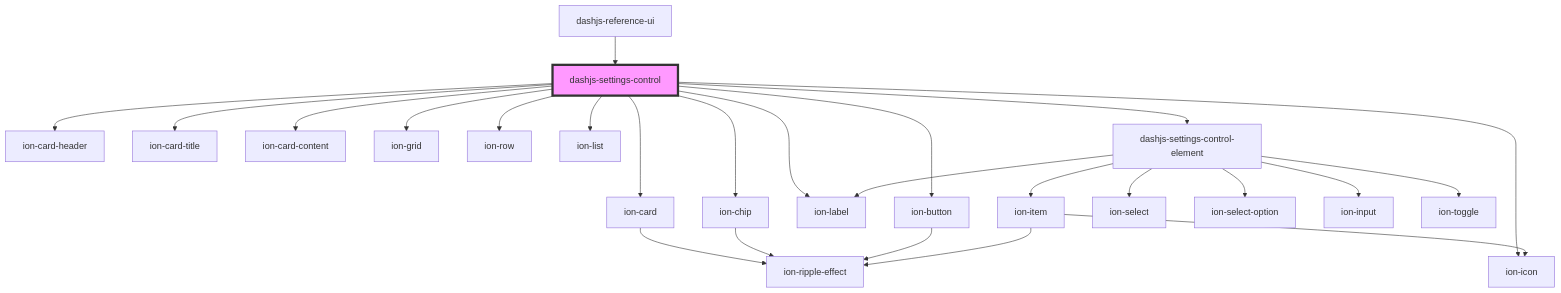
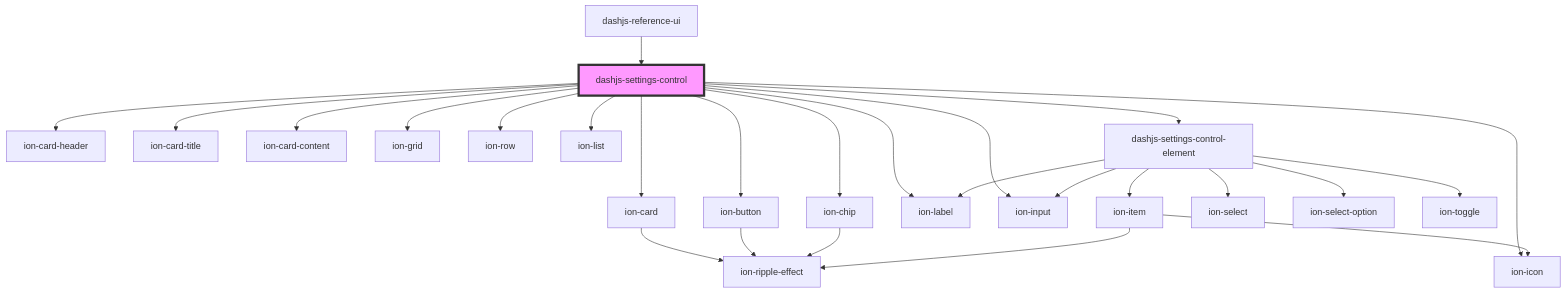
The diagram in src/components/dashjs-settings-control/readme.md (AWTPJ2021/dash-reference-ui), drawn with Mermaid before and after one commit. The commit also changed other lines of this file and 13 other files, not shown here.

````diff
--- a/src/components/dashjs-settings-control/readme.md
+++ b/src/components/dashjs-settings-control/readme.md
@@ -50,28 +58,29 @@
 ```mermaid
 graph TD;
   dashjs-settings-control --> ion-card
   dashjs-settings-control --> ion-card-header
   dashjs-settings-control --> ion-card-title
+  dashjs-settings-control --> ion-button
+  dashjs-settings-control --> ion-icon
   dashjs-settings-control --> ion-card-content
   dashjs-settings-control --> ion-grid
   dashjs-settings-control --> ion-row
   dashjs-settings-control --> ion-chip
   dashjs-settings-control --> ion-label
-  dashjs-settings-control --> ion-icon
-  dashjs-settings-control --> ion-button
+  dashjs-settings-control --> ion-input
   dashjs-settings-control --> ion-list
   dashjs-settings-control --> dashjs-settings-control-element
   ion-card --> ion-ripple-effect
+  ion-button --> ion-ripple-effect
   ion-chip --> ion-ripple-effect
-  ion-button --> ion-ripple-effect
   dashjs-settings-control-element --> ion-item
   dashjs-settings-control-element --> ion-label
   dashjs-settings-control-element --> ion-select
   dashjs-settings-control-element --> ion-select-option
   dashjs-settings-control-element --> ion-input
   dashjs-settings-control-element --> ion-toggle
   ion-item --> ion-icon
   ion-item --> ion-ripple-effect
   dashjs-reference-ui --> dashjs-settings-control
   style dashjs-settings-control fill:#f9f,stroke:#333,stroke-width:4px
 ```
````
